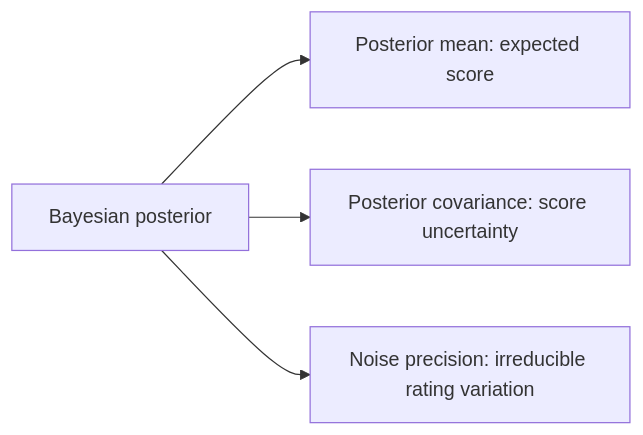
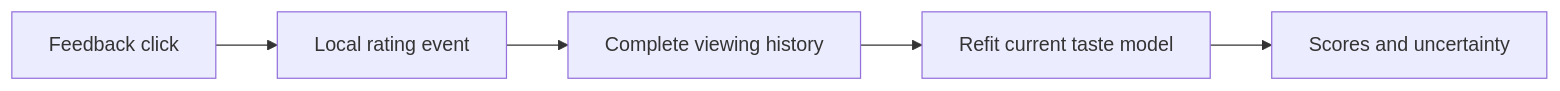
One commit to sarathkumar365/entertainer changed the third of 7 diagrams in docs/HOW_IT_WORKS.md. Above: the diagram before and after it, drawn with Mermaid. The commit also changed other lines of this file, not shown here.

Commit message:
docs: narrate recommender architecture

````diff
--- a/docs/HOW_IT_WORKS.md
+++ b/docs/HOW_IT_WORKS.md
@@ -174,6 +63,7 @@
-```mermaid
+~~~mermaid
 flowchart LR
-    posterior[Bayesian posterior] --> mean[Posterior mean: expected score]
-    posterior --> covariance[Posterior covariance: score uncertainty]
-    posterior --> noise[Noise precision: irreducible rating variation]
-```
+    click[Feedback click] --> event[Local rating event]
+    event --> history[Complete viewing history]
+    history --> fit[Refit current taste model]
+    fit --> score[Scores and uncertainty]
+~~~
````
